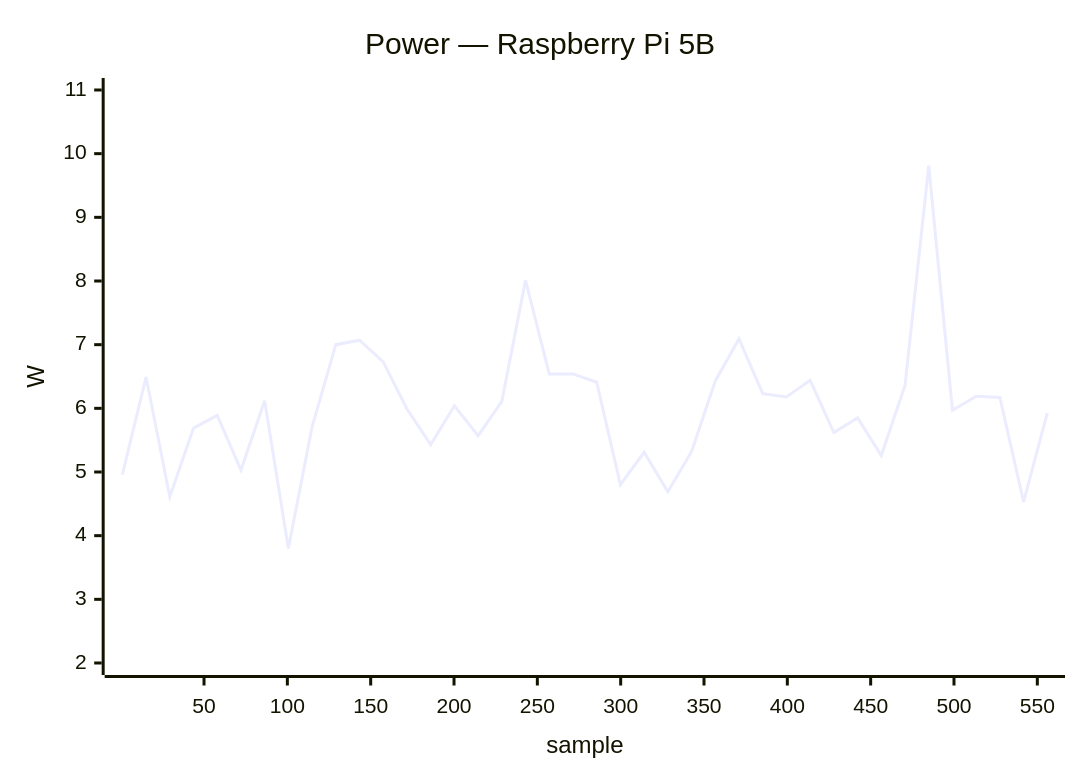
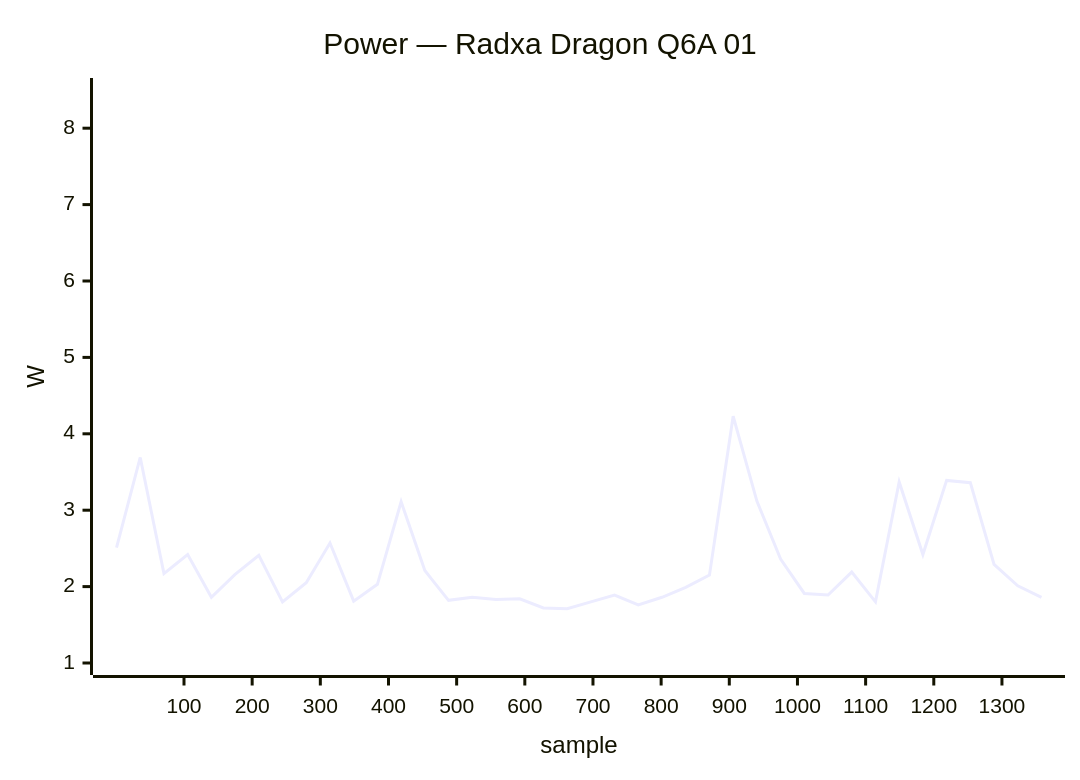
One commit to armbian/documentation changed diagram 30 of 38 in docs/status/board-tests.md. Above: the diagram before and after it, drawn with Mermaid. The commit also changed other lines of this file, not shown here.

````diff
--- a/docs/status/board-tests.md
+++ b/docs/status/board-tests.md
@@ -1525,7 +1469,7 @@
 ```mermaid
 xychart-beta
-    title "Power — Raspberry Pi 5B"
-    x-axis "sample" 1 --> 556
-    y-axis "W" 2.0 --> 11.0
-    line [4.96, 6.49, 4.61, 5.69, 5.89, 5.03, 6.12, 3.80, 5.71, 7.00, 7.07, 6.73, 5.99, 5.43, 6.04, 5.57, 6.11, 8.01, 6.54, 6.54, 6.41, 4.80, 5.31, 4.69, 5.32, 6.43, 7.09, 6.23, 6.18, 6.44, 5.62, 5.85, 5.26, 6.36, 9.81, 5.97, 6.19, 6.17, 4.53, 5.93]
+    title "Power — Radxa Dragon Q6A 01"
+    x-axis "sample" 1 --> 1358
+    y-axis "W" 1.0 --> 8.5
+    line [2.51, 3.69, 2.17, 2.42, 1.86, 2.16, 2.41, 1.80, 2.05, 2.57, 1.81, 2.03, 3.11, 2.21, 1.82, 1.86, 1.83, 1.84, 1.72, 1.71, 1.80, 1.89, 1.76, 1.86, 1.99, 2.15, 4.23, 3.12, 2.36, 1.91, 1.89, 2.19, 1.80, 3.37, 2.42, 3.39, 3.36, 2.29, 2.01, 1.86]
 ```
````
